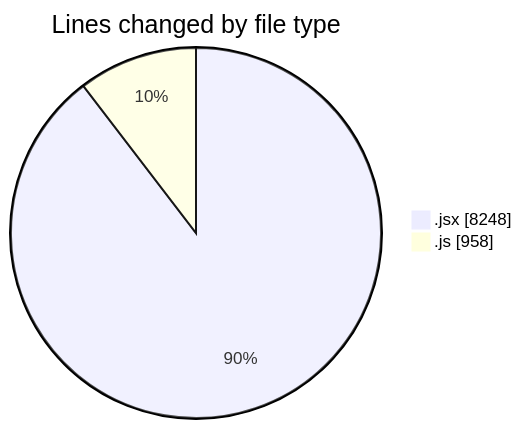
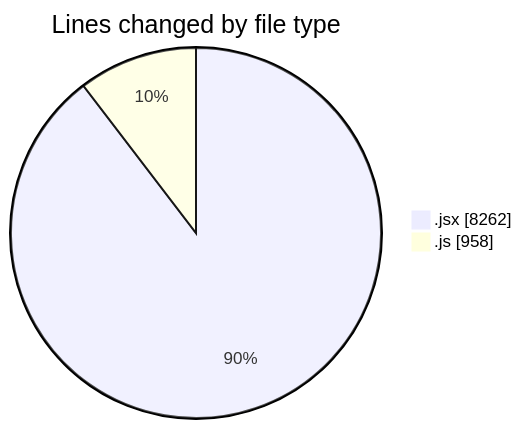
Before and after one commit to nxtqubesakshisongat/code-tracking: the first of 2 diagrams in 2026-01-20/nxtqube_webapp/README.md, drawn with Mermaid. The commit also changed other lines of this file and 1 other file, not shown here.

````diff
--- a/2026-01-20/nxtqube_webapp/README.md
+++ b/2026-01-20/nxtqube_webapp/README.md
@@ -26,6 +26,6 @@
 ```mermaid
 pie showData
 title Lines changed by file type
-".jsx" : 8248
+".jsx" : 8262
 ".js" : 958
 ```
````
